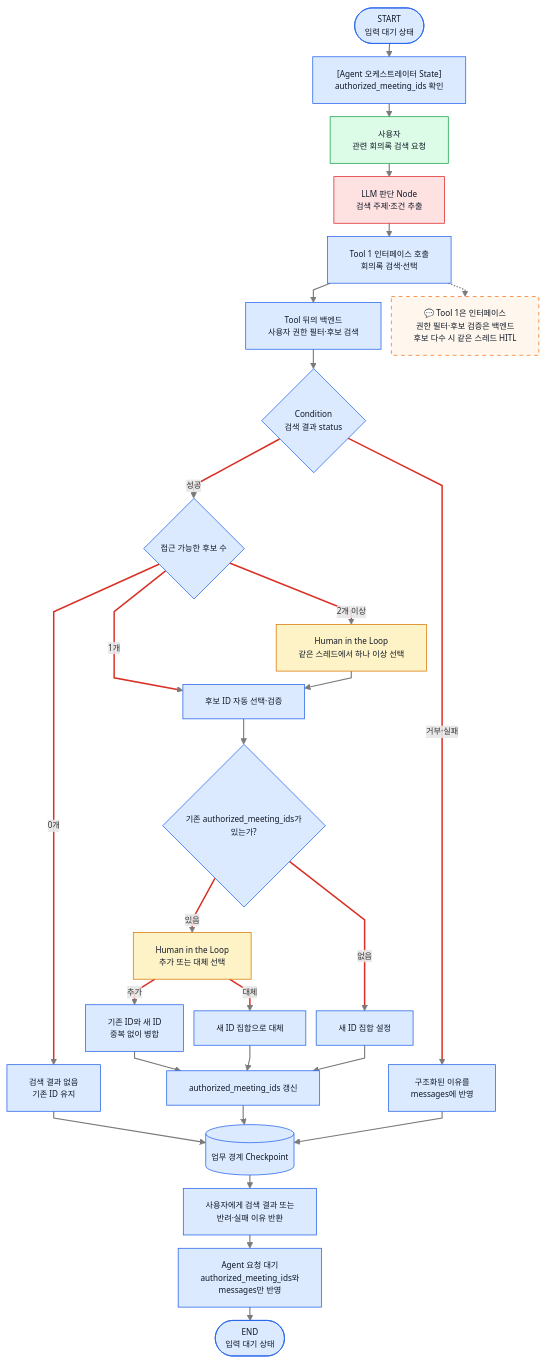
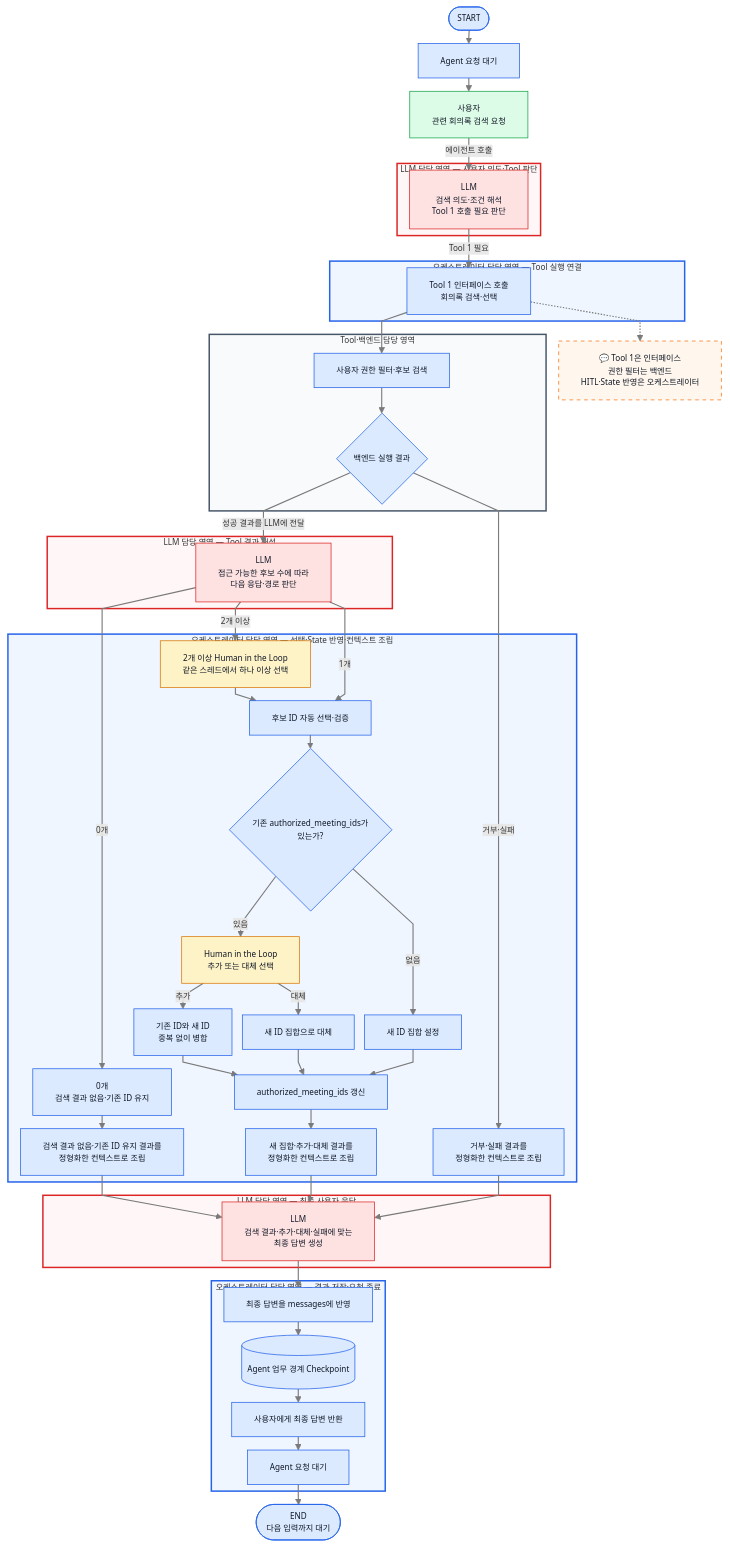
One commit to ericyum/Obsidian changed the seventh of 8 diagrams in ZENAI/에이전트 설계/회의록 에이전트 설계/1-2. 회의록 에이전트 워크플로우 Graph 상세.md. Above: the diagram before and after it, drawn with Mermaid. The commit also changed other lines of this file and 4 other files, not shown here.

````diff
--- a/ZENAI/에이전트 설계/회의록 에이전트 설계/1-2. 회의록 에이전트 워크플로우 Graph 상세.md
+++ b/ZENAI/에이전트 설계/회의록 에이전트 설계/1-2. 회의록 에이전트 워크플로우 Graph 상세.md
@@ -402,33 +426,84 @@
 ```mermaid
 %%{init: {"flowchart": {"useMaxWidth": true, "nodeSpacing": 14, "rankSpacing": 18, "curve": "linear"}, "themeVariables": {"fontSize": "11px"}}}%%
 flowchart TB
-    S(["START<br/>입력 대기 상태"]) --> ST["[Agent 오케스트레이터 State]<br/>authorized_meeting_ids 확인"]
-    ST --> U["사용자<br/>관련 회의록 검색 요청"]
-    U --> A["LLM 판단 Node<br/>검색 주제·조건 추출"]
-    A --> T1["Tool 1 인터페이스 호출<br/>회의록 검색·선택"]
-    T1 --> B["Tool 뒤의 백엔드<br/>사용자 권한 필터·후보 검색"]
-    B --> RC{"Condition<br/>검색 결과 status"}
-    RC -->|"거부·실패"| ER["구조화된 이유를<br/>messages에 반영"]
-    RC -->|"성공"| C{"접근 가능한 후보 수"}
-    C -->|"0개"| N["검색 결과 없음<br/>기존 ID 유지"]
-    C -->|"1개"| SEL["후보 ID 자동 선택·검증"]
-    C -->|"2개 이상"| H1["Human in the Loop<br/>같은 스레드에서 하나 이상 선택"]
-    H1 --> SEL
-    SEL --> EX{"기존 authorized_meeting_ids가<br/>있는가?"}
-    EX -->|"없음"| SET["새 ID 집합 설정"]
-    EX -->|"있음"| H2["Human in the Loop<br/>추가 또는 대체 선택"]
-    H2 -->|"추가"| ADD["기존 ID와 새 ID<br/>중복 없이 병합"]
-    H2 -->|"대체"| REP["새 ID 집합으로 대체"]
-    ADD --> IDs["authorized_meeting_ids 갱신"]
-    REP --> IDs
-    SET --> IDs
-    N --> CP[("업무 경계 Checkpoint")]
-    IDs --> CP
-    ER --> CP
-    CP --> OUT["사용자에게 검색 결과 또는<br/>반려·실패 이유 반환"]
-    OUT --> FS["Agent 요청 대기<br/>authorized_meeting_ids와<br/>messages만 반영"]
-    FS --> E(["END<br/>입력 대기 상태"])
-    T1 -.-> NT["💬 Tool 1은 인터페이스<br/>권한 필터·후보 검증은 백엔드<br/>후보 다수 시 같은 스레드 HITL"]
+    S(["START"]) --> W1["Agent 요청 대기"]
+    W1 --> U["사용자<br/>관련 회의록 검색 요청"]
+
+    subgraph LLM_CALL["LLM 담당 영역 — 사용자 의도·Tool 판단"]
+        A["LLM<br/>검색 의도·조건 해석<br/>Tool 1 호출 필요 판단"]
+    end
+
+    U -->|"에이전트 호출"| A
+    A -->|"Tool 1 필요"| T1
+
+    subgraph ORCH_CALL["오케스트레이터 담당 영역 — Tool 실행 연결"]
+        T1["Tool 1 인터페이스 호출<br/>회의록 검색·선택"]
+    end
+
+    subgraph TOOL_BACKEND["Tool·백엔드 담당 영역"]
+        B["사용자 권한 필터·후보 검색"]
+        RC{"백엔드 실행 결과"}
+        B --> RC
+    end
+
+    T1 --> B
+    RC -->|"성공 결과를 LLM에 전달"| C
+    RC -->|"거부·실패"| ERCTX
+
+    subgraph LLM_RESULT["LLM 담당 영역 — Tool 결과 해석"]
+        C["LLM<br/>접근 가능한 후보 수에 따라<br/>다음 응답·경로 판단"]
+    end
+
+    subgraph ORCH_STATE["오케스트레이터 담당 영역 — 선택·State 반영·컨텍스트 조립"]
+        N["0개<br/>검색 결과 없음·기존 ID 유지"]
+        H1["2개 이상 Human in the Loop<br/>같은 스레드에서 하나 이상 선택"]
+        SEL["후보 ID 자동 선택·검증"]
+        EX{"기존 authorized_meeting_ids가<br/>있는가?"}
+        SET["새 ID 집합 설정"]
+        H2["Human in the Loop<br/>추가 또는 대체 선택"]
+        ADD["기존 ID와 새 ID<br/>중복 없이 병합"]
+        REP["새 ID 집합으로 대체"]
+        IDs["authorized_meeting_ids 갱신"]
+        NCTX["검색 결과 없음·기존 ID 유지 결과를<br/>정형화한 컨텍스트로 조립"]
+        IDCTX["새 집합·추가·대체 결과를<br/>정형화한 컨텍스트로 조립"]
+        ERCTX["거부·실패 결과를<br/>정형화한 컨텍스트로 조립"]
+
+        N --> NCTX
+        H1 --> SEL
+        SEL --> EX
+        EX -->|"없음"| SET
+        EX -->|"있음"| H2
+        H2 -->|"추가"| ADD
+        H2 -->|"대체"| REP
+        ADD --> IDs
+        REP --> IDs
+        SET --> IDs
+        IDs --> IDCTX
+    end
+
+    C -->|"0개"| N
+    C -->|"1개"| SEL
+    C -->|"2개 이상"| H1
+
+    subgraph LLM_FINAL["LLM 담당 영역 — 최종 사용자 응답"]
+        LF["LLM<br/>검색 결과·추가·대체·실패에 맞는<br/>최종 답변 생성"]
+    end
+
+    NCTX --> LF
+    IDCTX --> LF
+    ERCTX --> LF
+
+    subgraph ORCH_FINISH["오케스트레이터 담당 영역 — 결과 저장·요청 종료"]
+        MSG["최종 답변을 messages에 반영"]
+        CP[("Agent 업무 경계 Checkpoint")]
+        OUT["사용자에게 최종 답변 반환"]
+        W2["Agent 요청 대기"]
+        MSG --> CP --> OUT --> W2
+    end
+
+    LF --> MSG
+    W2 --> E(["END<br/>다음 입력까지 대기"])
+    T1 -.-> NT["💬 Tool 1은 인터페이스<br/>권한 필터는 백엔드<br/>HITL·State 반영은 오케스트레이터"]
     classDef user fill:#dcfce7,stroke:#16a34a,color:#111827;
     classDef hitl fill:#fef3c7,stroke:#d97706,color:#111827;
     classDef internal fill:#dbeafe,stroke:#2563eb,color:#111827;
@@ -436,9 +511,15 @@
     classDef note fill:#fff7ed,stroke:#f97316,color:#111827,stroke-dasharray:5 5;
     class U user;
     class H1,H2 hitl;
-    class A llm;
+    class A,C,LF llm;
     class NT note;
-    class S,ST,T1,B,RC,ER,C,N,SEL,EX,SET,ADD,REP,IDs,CP,OUT,FS,E internal;
+    class S,W1,T1,B,RC,N,SEL,EX,SET,ADD,REP,IDs,NCTX,IDCTX,ERCTX,MSG,CP,OUT,W2,E internal;
+    style LLM_CALL fill:#fff7f7,stroke:#dc2626,stroke-width:2px;
+    style LLM_RESULT fill:#fff7f7,stroke:#dc2626,stroke-width:2px;
+    style LLM_FINAL fill:#fff7f7,stroke:#dc2626,stroke-width:2px;
+    style ORCH_CALL fill:#eff6ff,stroke:#2563eb,stroke-width:2px;
+    style ORCH_STATE fill:#eff6ff,stroke:#2563eb,stroke-width:2px;
+    style ORCH_FINISH fill:#eff6ff,stroke:#2563eb,stroke-width:2px;
+    style TOOL_BACKEND fill:#f8fafc,stroke:#475569,stroke-width:2px;
     linkStyle default stroke:#7a7a7a,stroke-width:1.5px;
-    linkStyle 6,7,8,9,10,13,14,15,16 stroke:#d93025,stroke-width:2px;
 ```
````
